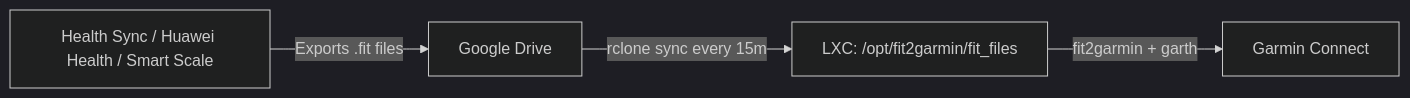
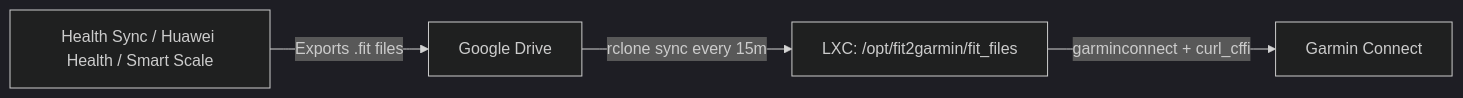
One commit to dngoyb/gdrive2garmin changed the diagram in README.md. Above: the diagram before and after it, drawn with Mermaid (dark theme). The commit also changed other lines of this file and 4 other files, not shown here.

Commit message:
Replace deprecated garth with garminconnect and curl_cffi to bypass Cloudflare 429 blocks

````diff
--- a/README.md
+++ b/README.md
@@ -11,6 +11,6 @@
 ```mermaid
 flowchart LR
     A[Health Sync / Huawei Health / Smart Scale] -->|Exports .fit files| B[Google Drive]
     B -->|rclone sync every 15m| C[LXC: /opt/fit2garmin/fit_files]
-    C -->|fit2garmin + garth| D[Garmin Connect]
+    C -->|garminconnect + curl_cffi| D[Garmin Connect]
 ```
````
